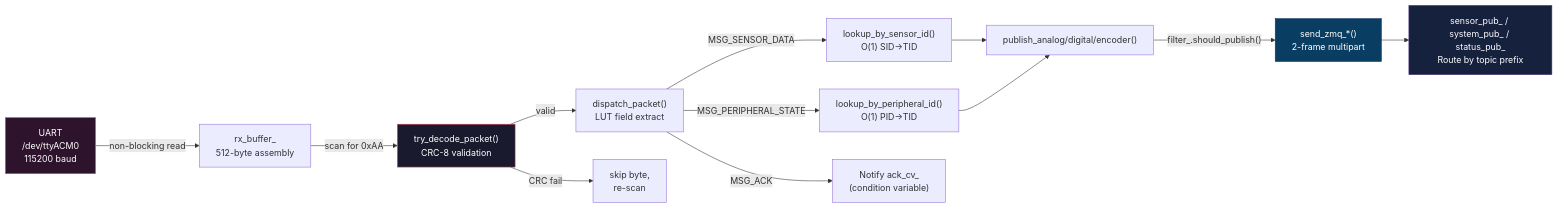
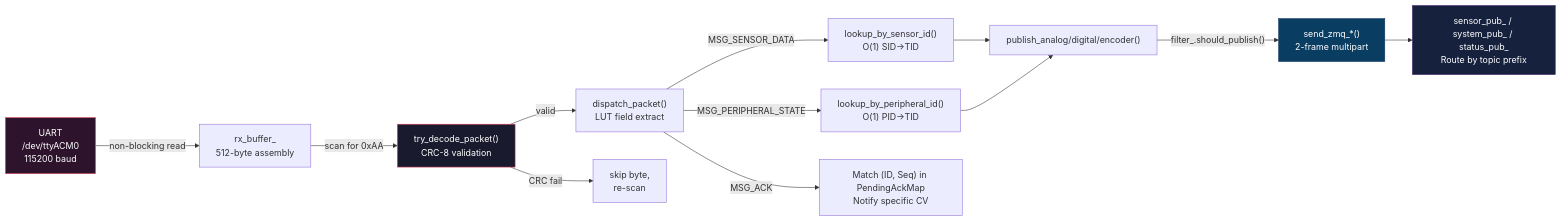
One commit to KarthikMothikiOgmen/oro_base_input_layer changed the third of 9 diagrams in docs/README.md. Above: the diagram before and after it, drawn with Mermaid. The commit also changed other lines of this file and 16 other files, not shown here.

````diff
--- a/docs/README.md
+++ b/docs/README.md
@@ -186,19 +186,19 @@
 ```mermaid
 graph LR
     A["UART<br/>/dev/ttyACM0<br/>115200 baud"] -->|"non-blocking read"| B["rx_buffer_<br/>512-byte assembly"]
     B -->|"scan for 0xAA"| C["try_decode_packet()<br/>CRC-8 validation"]
     C -->|"valid"| D["dispatch_packet()<br/>LUT field extract"]
     C -->|"CRC fail"| B2["skip byte,<br/>re-scan"]
     D -->|"MSG_SENSOR_DATA"| E["lookup_by_sensor_id()<br/>O(1) SID→TID"]
     D -->|"MSG_PERIPHERAL_STATE"| F["lookup_by_peripheral_id()<br/>O(1) PID→TID"]
-    D -->|"MSG_ACK"| G["Notify ack_cv_<br/>(condition variable)"]
+    D -->|"MSG_ACK"| G["Match (ID, Seq) in PendingAckMap<br/>Notify specific CV"]
     E --> H["publish_analog/digital/encoder()"]
     F --> H
     H -->|"filter_.should_publish()"| I["send_zmq_*()<br/>2-frame multipart"]
     I --> J["sensor_pub_ / system_pub_ / status_pub_<br/>Route by topic prefix"]
 
     style A fill:#2d132c,stroke:#e94560,color:#fff
     style C fill:#1a1a2e,stroke:#e94560,color:#fff
     style I fill:#0a3d62,stroke:#0f3460,color:#fff
     style J fill:#16213e,stroke:#533483,color:#fff
 ```
````
